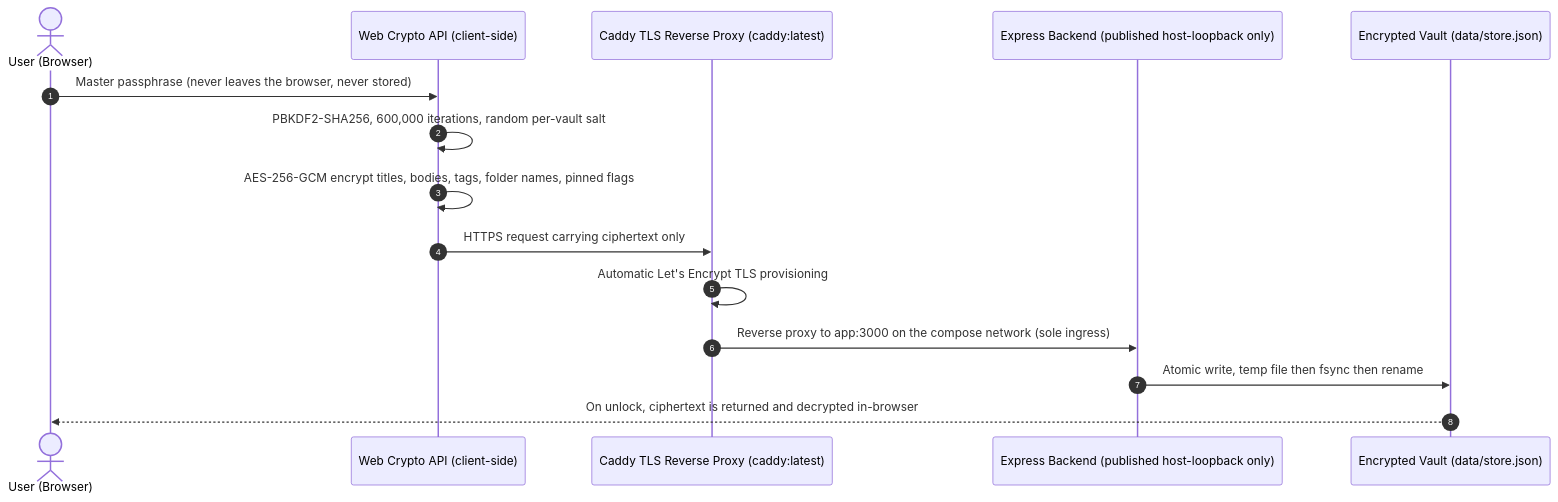
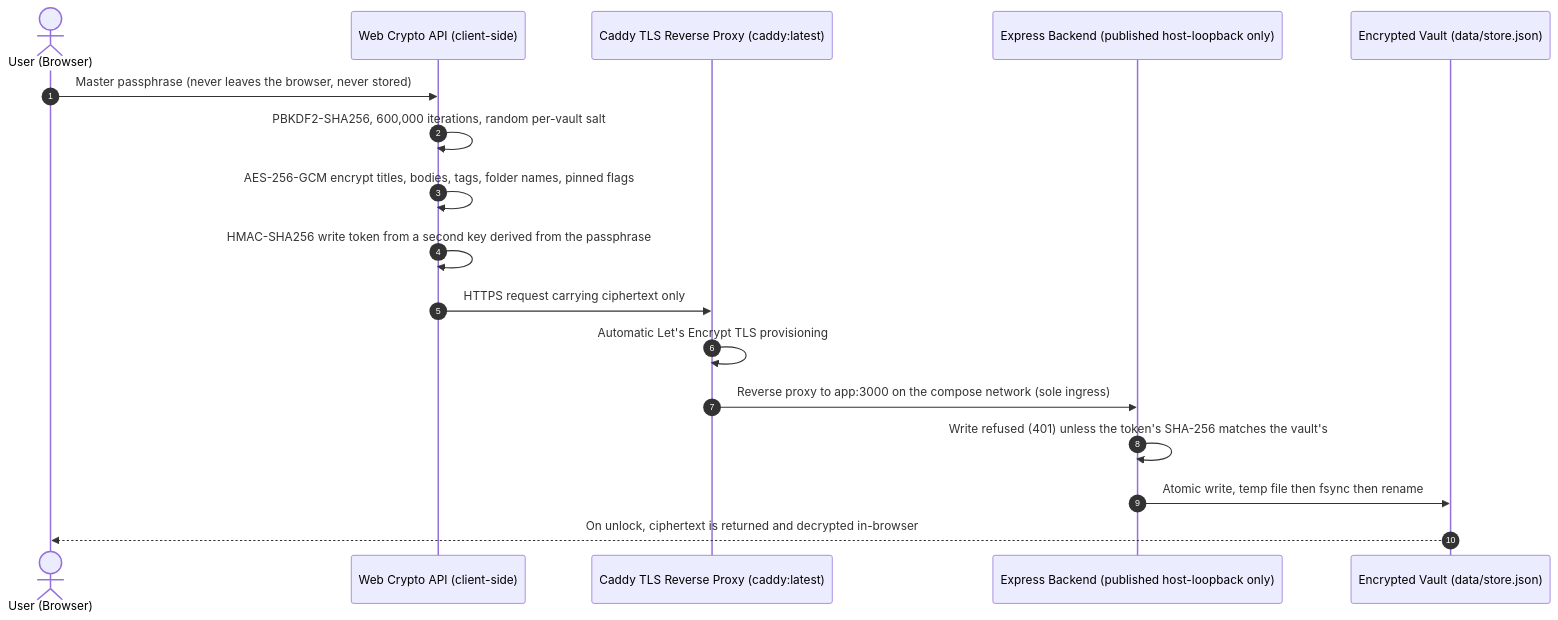
The diagram in README.md (Arelius-D/LucID), drawn with Mermaid before and after one commit. The commit also changed other lines of this file and 3 other files, not shown here.

First line of the commit message:
fix(vault): writes require a token derived from the passphrase (CWE-306)

````diff
--- a/README.md
+++ b/README.md
@@ -188,18 +188,20 @@
 ```mermaid
 sequenceDiagram
     autonumber
     actor User as User (Browser)
     participant Crypto as Web Crypto API (client-side)
     participant Caddy as Caddy TLS Reverse Proxy (caddy:latest)
     participant Server as Express Backend (published host-loopback only)
     participant Storage as Encrypted Vault (data/store.json)
 
     User->>Crypto: Master passphrase (never leaves the browser, never stored)
     Crypto->>Crypto: PBKDF2-SHA256, 600,000 iterations, random per-vault salt
     Crypto->>Crypto: AES-256-GCM encrypt titles, bodies, tags, folder names, pinned flags
+    Crypto->>Crypto: HMAC-SHA256 write token from a second key derived from the passphrase
     Crypto->>Caddy: HTTPS request carrying ciphertext only
     Caddy->>Caddy: Automatic Let's Encrypt TLS provisioning
     Caddy->>Server: Reverse proxy to app:3000 on the compose network (sole ingress)
+    Server->>Server: Write refused (401) unless the token's SHA-256 matches the vault's
     Server->>Storage: Atomic write, temp file then fsync then rename
     Storage-->>User: On unlock, ciphertext is returned and decrypted in-browser
 ```
````
